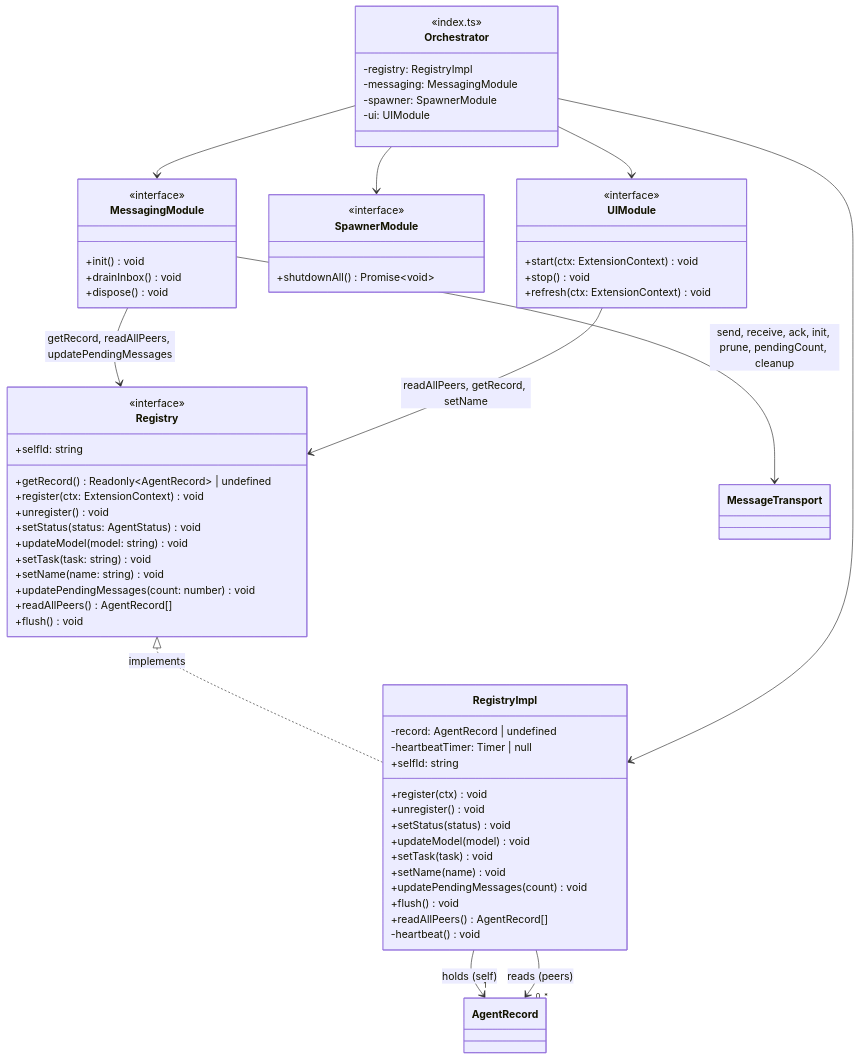
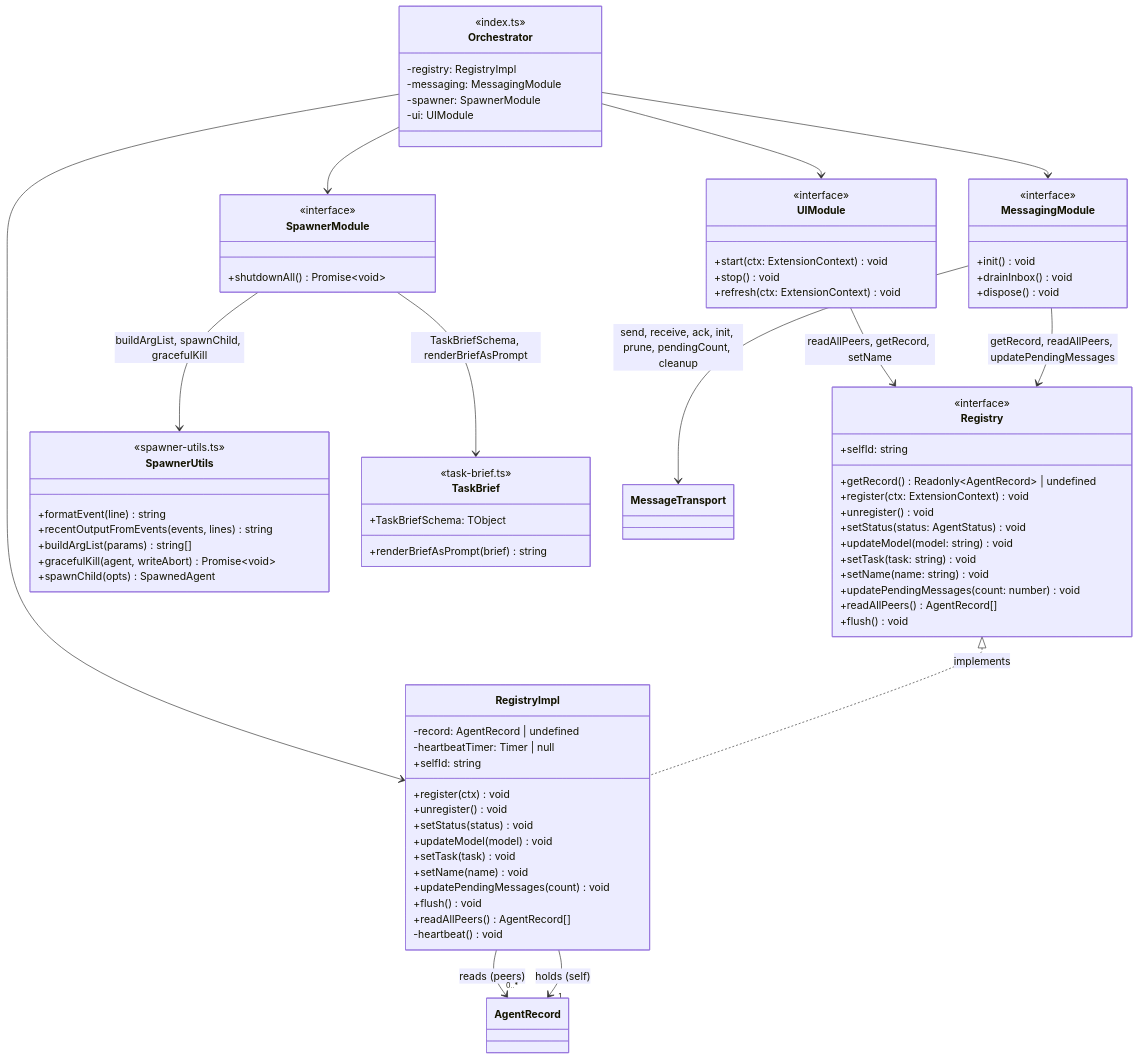
Before and after one commit to tS7hKamAYL84j91/pi-tools-and-skills: the second of 3 diagrams in docs/C4-Code.md, drawn with Mermaid. The commit also changed other lines of this file and 4 other files, not shown here.

First line of the commit message:
docs(architecture): add spawner-utils, task-brief, update data flows

````diff
--- a/docs/C4-Code.md
+++ b/docs/C4-Code.md
@@ -127,6 +127,21 @@
         +refresh(ctx: ExtensionContext) void
     }
 
+    class SpawnerUtils {
+        <<spawner-utils.ts>>
+        +formatEvent(line) string
+        +recentOutputFromEvents(events, lines) string
+        +buildArgList(params) string[]
+        +gracefulKill(agent, writeAbort) Promise~void~
+        +spawnChild(opts) SpawnedAgent
+    }
+
+    class TaskBrief {
+        <<task-brief.ts>>
+        +TaskBriefSchema: TObject
+        +renderBriefAsPrompt(brief) string
+    }
+
     class Orchestrator {
         <<index.ts>>
         -registry: RegistryImpl
@@ -147,4 +162,6 @@
     MessagingModule --> Registry : getRecord, readAllPeers, updatePendingMessages
     MessagingModule --> MessageTransport : send, receive, ack, init, prune, pendingCount, cleanup
     UIModule --> Registry : readAllPeers, getRecord, setName
+    SpawnerModule --> SpawnerUtils : buildArgList, spawnChild, gracefulKill
+    SpawnerModule --> TaskBrief : TaskBriefSchema, renderBriefAsPrompt
 ```
````
